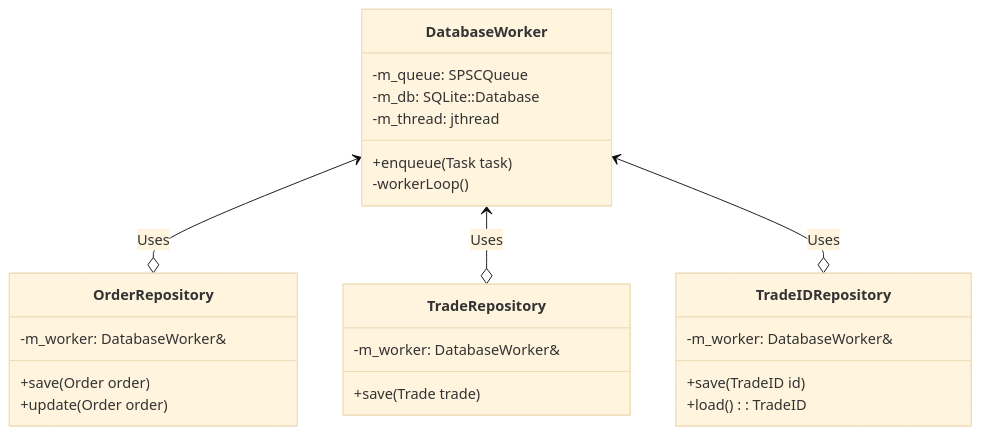
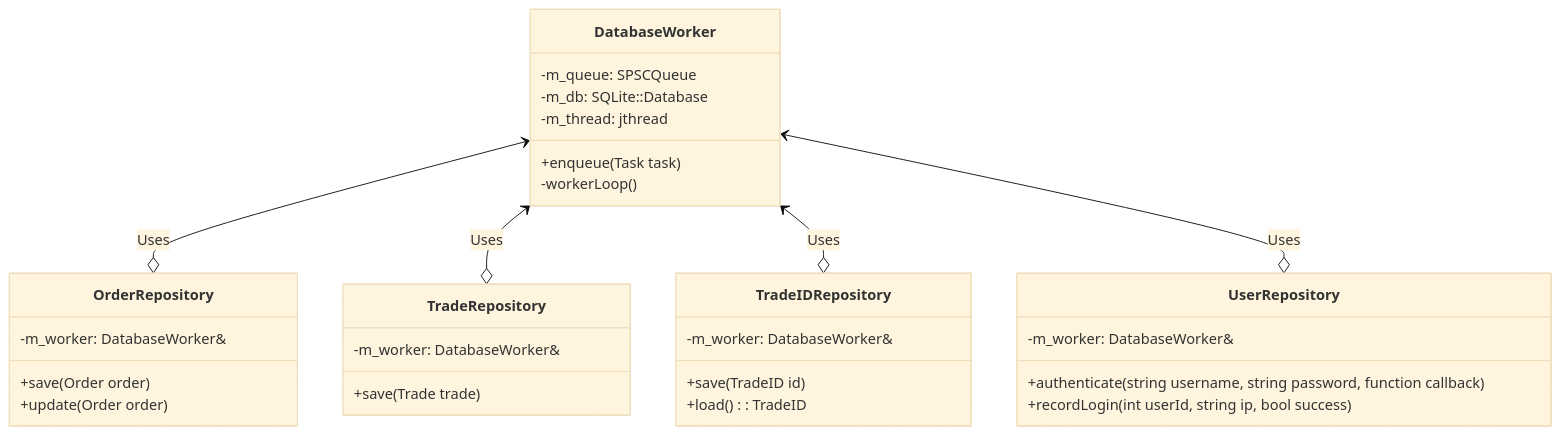
One commit to SujalChoudhari/BetaTrader changed the second of 2 diagrams in core/data/TSD.md. Above: the diagram before and after it, drawn with Mermaid (base theme). The commit also changed other lines of this file, not shown here.

Commit message:
Plan for implementing user repo added

````diff
--- a/core/data/TSD.md
+++ b/core/data/TSD.md
@@ -41,31 +43,38 @@
 ```mermaid
 classDiagram
     class DatabaseWorker {
         +enqueue(Task task)
         -workerLoop()
         -m_queue: SPSCQueue<Task>
         -m_db: SQLite::Database
         -m_thread: jthread
     }
 
     class OrderRepository {
         +save(Order order)
         +update(Order order)
         -m_worker: DatabaseWorker&
     }
 
     class TradeRepository {
         +save(Trade trade)
         -m_worker: DatabaseWorker&
     }
 
     class TradeIDRepository {
         +save(TradeID id)
         +load(): TradeID
         -m_worker: DatabaseWorker&
     }
 
+    class UserRepository {
+        +authenticate(string username, string password, function callback)
+        +recordLogin(int userId, string ip, bool success)
+        -m_worker: DatabaseWorker&
+    }
+
     DatabaseWorker <--o OrderRepository : Uses
     DatabaseWorker <--o TradeRepository : Uses
     DatabaseWorker <--o TradeIDRepository : Uses
+    DatabaseWorker <--o UserRepository : Uses
 ```
````
